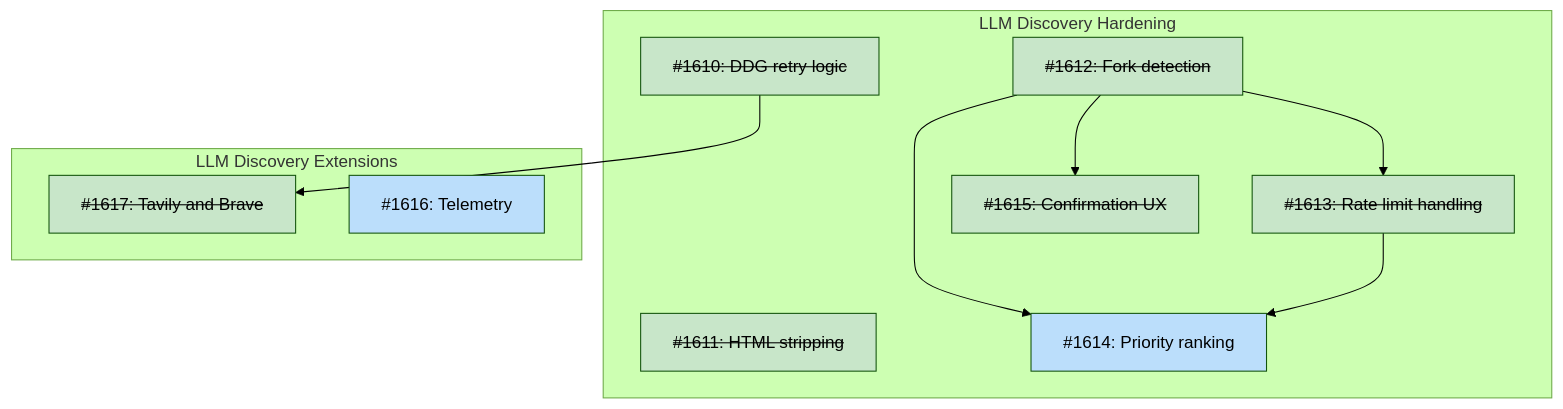
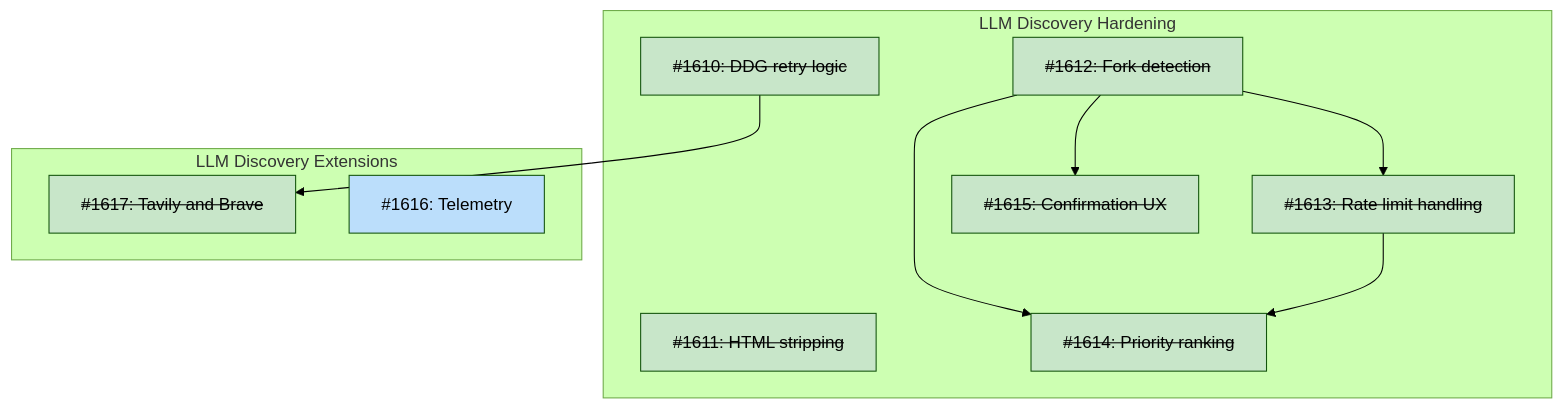
The diagram in docs/designs/DESIGN-llm-discovery-implementation.md (tsukumogami/tsuku), drawn with Mermaid (forest theme) before and after one commit. The commit also changed other lines of this file and 1 other file, not shown here.

Commit message:
docs: mark issue #1614 as done in design diagram

````diff
--- a/docs/designs/DESIGN-llm-discovery-implementation.md
+++ b/docs/designs/DESIGN-llm-discovery-implementation.md
@@ -61,30 +61,30 @@
 ```mermaid
 graph TD
     subgraph Hardening["LLM Discovery Hardening"]
         I1610["<s>#1610: DDG retry logic</s>"]
         I1611["<s>#1611: HTML stripping</s>"]
         I1612["<s>#1612: Fork detection</s>"]
         I1613["<s>#1613: Rate limit handling</s>"]
-        I1614["#1614: Priority ranking"]
+        I1614["<s>#1614: Priority ranking</s>"]
         I1615["<s>#1615: Confirmation UX</s>"]
     end
 
     subgraph Extensions["LLM Discovery Extensions"]
         I1617["<s>#1617: Tavily and Brave</s>"]
         I1616["#1616: Telemetry"]
     end
 
     I1610 --> I1617
     I1612 --> I1613
     I1612 --> I1614
     I1612 --> I1615
     I1613 --> I1614
 
     classDef done fill:#c8e6c9
     classDef ready fill:#bbdefb
     classDef blocked fill:#fff9c4
     classDef needsDesign fill:#e1bee7
 
-    class I1610,I1611,I1612,I1613,I1615,I1617 done
-    class I1614,I1616 ready
+    class I1610,I1611,I1612,I1613,I1614,I1615,I1617 done
+    class I1616 ready
 ```
````
